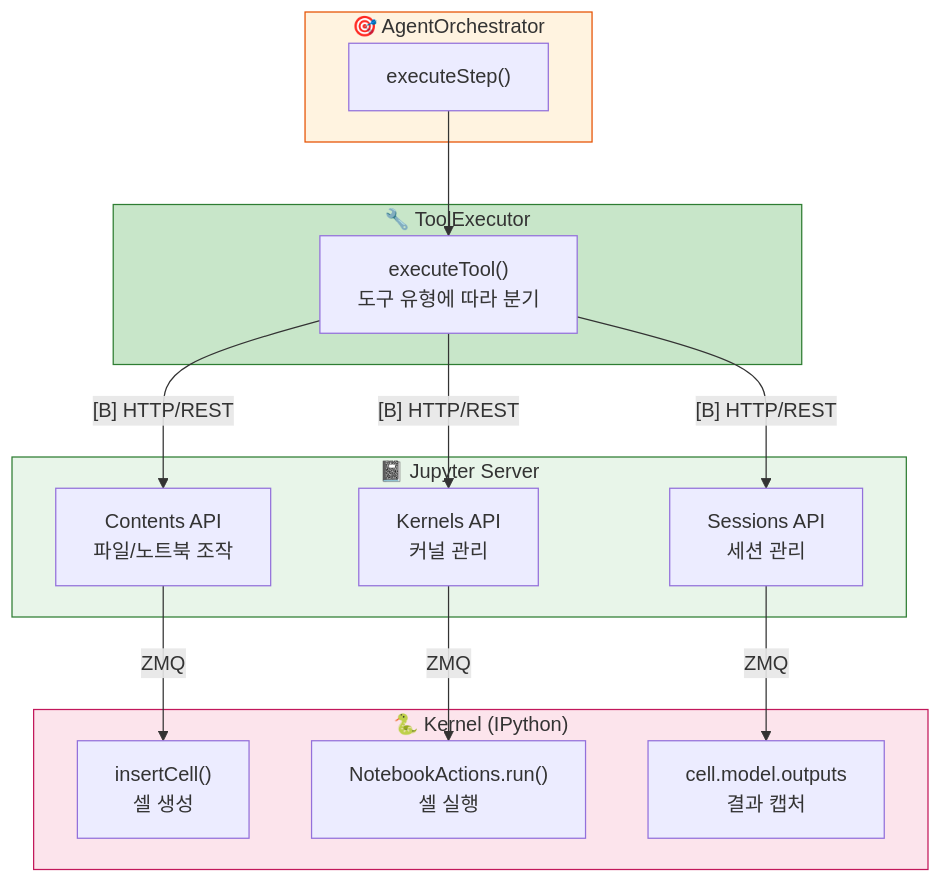
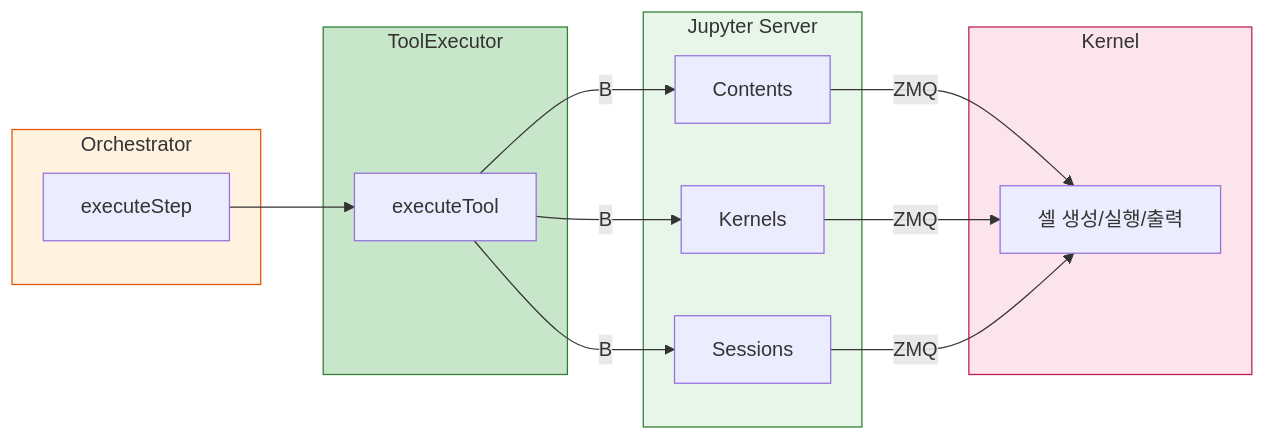
The sixth of 6 diagrams in docs/agent_planning_flow.md (lks21c/hdsp_agent), drawn with Mermaid before and after one commit. The commit also changed other lines of this file, not shown here.

Commit message:
docs: Compact data flow diagrams A and B
- Change to LR layout for horizontal display
- Shorten all labels for better fit
- Add detailed text descriptions below diagrams
- Both diagrams now fit on one screen

🤖 Generated with [Claude Code](https://claude.com/claude-code)

````diff
--- a/docs/agent_planning_flow.md
+++ b/docs/agent_planning_flow.md
@@ -382,35 +376,29 @@
 ```mermaid
-flowchart TD
-    subgraph Orchestrator["🎯 AgentOrchestrator"]
-        Execute["executeStep()"]
+flowchart LR
+    subgraph Orch["Orchestrator"]
+        Execute["executeStep"]
     end
 
-    subgraph ToolExec["🔧 ToolExecutor"]
-        Tool["executeTool()<br/>도구 유형에 따라 분기"]
+    subgraph ToolExec["ToolExecutor"]
+        Tool["executeTool"]
     end
 
-    subgraph JupyterServer["📓 Jupyter Server"]
-        Contents["Contents API<br/>파일/노트북 조작"]
-        Kernels["Kernels API<br/>커널 관리"]
-        Sessions["Sessions API<br/>세션 관리"]
+    subgraph JupyterServer["Jupyter Server"]
+        Contents["Contents"]
+        Kernels["Kernels"]
+        Sessions["Sessions"]
     end
 
-    subgraph Kernel["🐍 Kernel (IPython)"]
-        Insert["insertCell()<br/>셀 생성"]
-        Run["NotebookActions.run()<br/>셀 실행"]
-        Output["cell.model.outputs<br/>결과 캡처"]
+    subgraph Kernel["Kernel"]
+        Cell["셀 생성/실행/출력"]
     end
 
     Execute --> Tool
-    Tool -->|"[B] HTTP/REST"| Contents
-    Tool -->|"[B] HTTP/REST"| Kernels
-    Tool -->|"[B] HTTP/REST"| Sessions
-    Contents -->|"ZMQ"| Insert
-    Kernels -->|"ZMQ"| Run
-    Sessions -->|"ZMQ"| Output
+    Tool -->|"B"| Contents & Kernels & Sessions
+    Contents & Kernels & Sessions -->|"ZMQ"| Cell
 
-    style Orchestrator fill:#fff3e0,stroke:#e65100
+    style Orch fill:#fff3e0,stroke:#e65100
     style ToolExec fill:#c8e6c9,stroke:#2e7d32
     style JupyterServer fill:#e8f5e9,stroke:#2e7d32
     style Kernel fill:#fce4ec,stroke:#c2185b
 ```
````
